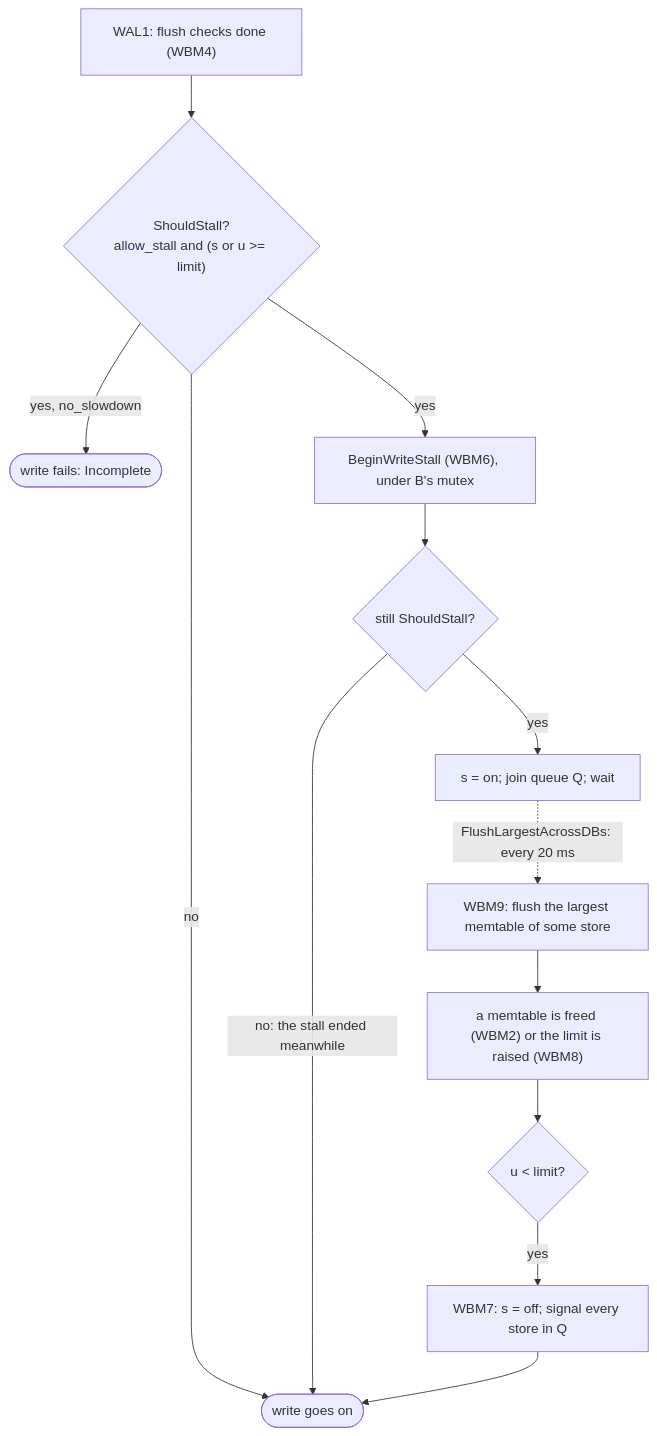
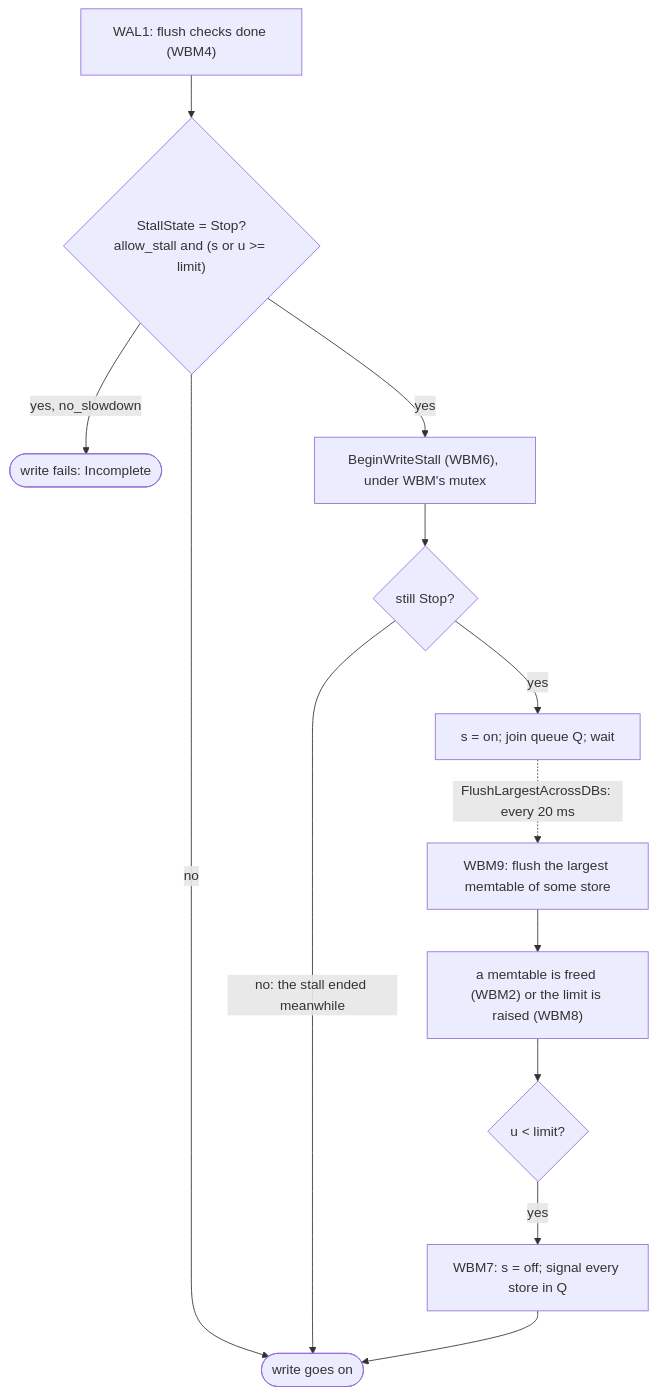
One commit to rupashreeh/verify_compaction changed the third of 3 diagrams in algorithm/writebuffer/writebuffer.md. Above: the diagram before and after it, drawn with Mermaid. The commit also changed other lines of this file and 9 other files, not shown here.

````diff
--- a/algorithm/writebuffer/writebuffer.md
+++ b/algorithm/writebuffer/writebuffer.md
@@ -115,15 +119,15 @@
 ```mermaid
 flowchart TD
-    A["WAL1: flush checks done (WBM4)"] --> B{"ShouldStall?<br/>allow_stall and (s or u >= limit)"}
+    A["WAL1: flush checks done (WBM4)"] --> B{"StallState = Stop?<br/>allow_stall and (s or u >= limit)"}
     B -- "no" --> W(["write goes on"])
     B -- "yes, no_slowdown" --> I(["write fails: Incomplete"])
-    B -- "yes" --> C["BeginWriteStall (WBM6), under B's mutex"]
-    C --> D{"still ShouldStall?"}
+    B -- "yes" --> C["BeginWriteStall (WBM6), under WBM's mutex"]
+    C --> D{"still Stop?"}
     D -- "no: the stall ended meanwhile" --> W
     D -- "yes" --> E["s = on; join queue Q; wait"]
     F["a memtable is freed (WBM2) or the limit is raised (WBM8)"] --> G{"u < limit?"}
     G -- "yes" --> H["WBM7: s = off; signal every store in Q"]
     H --> W
     E -. "FlushLargestAcrossDBs: every 20 ms" .-> J["WBM9: flush the largest memtable of some store"]
     J --> F
 ```
````
